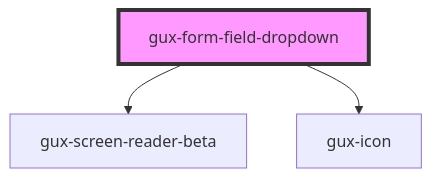
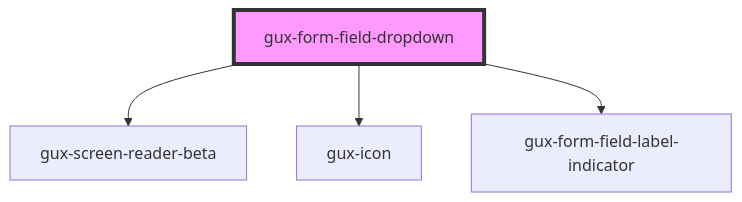
The diagram in packages/genesys-spark-components/src/components/stable/gux-form-field/components/gux-form-field-dropdown/readme.md (MyPureCloud/genesys-spark), drawn with Mermaid before and after one commit. The commit also changed other lines of this file and 49 other files, not shown here.

First line of the commit message:
feat(other): Add form field optional indicator files

````diff
--- a/packages/genesys-spark-components/src/components/stable/gux-form-field/components/gux-form-field-dropdown/readme.md
+++ b/packages/genesys-spark-components/src/components/stable/gux-form-field/components/gux-form-field-dropdown/readme.md
@@ -33,6 +34,7 @@
 ```mermaid
 graph TD;
   gux-form-field-dropdown --> gux-screen-reader-beta
   gux-form-field-dropdown --> gux-icon
+  gux-form-field-dropdown --> gux-form-field-label-indicator
   style gux-form-field-dropdown fill:#f9f,stroke:#333,stroke-width:4px
 ```
````
